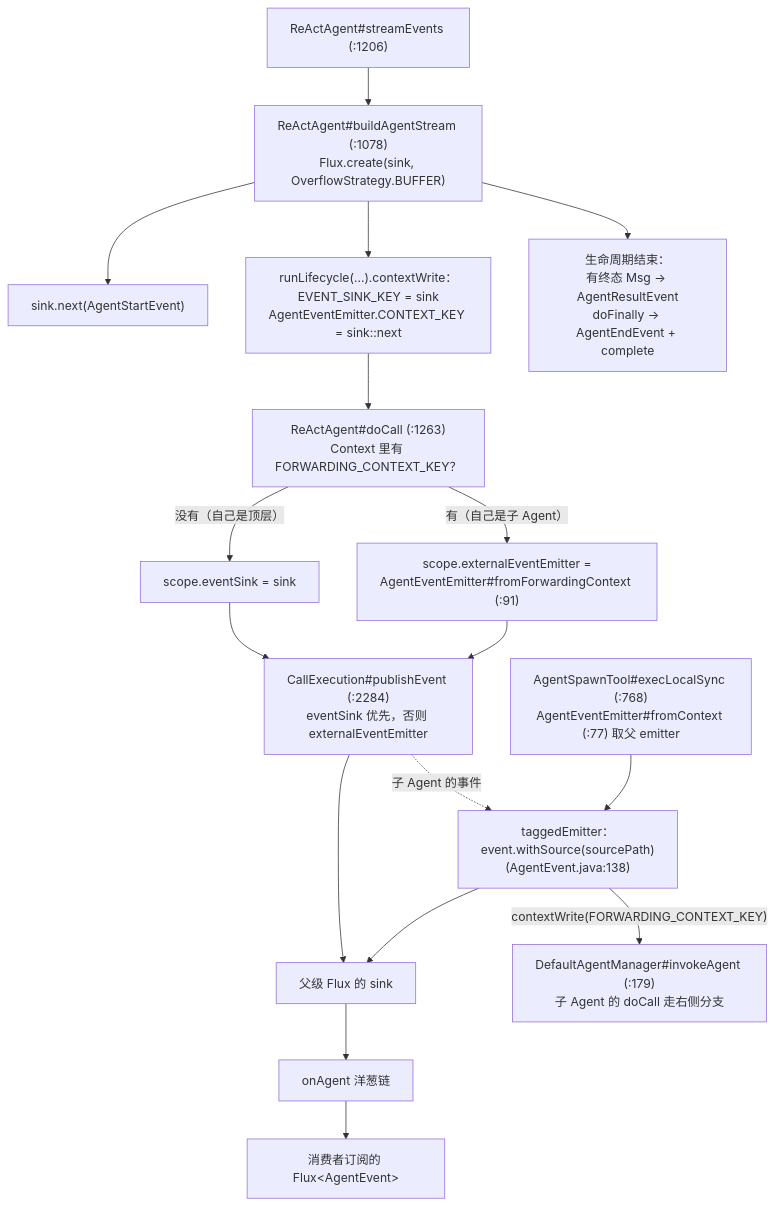
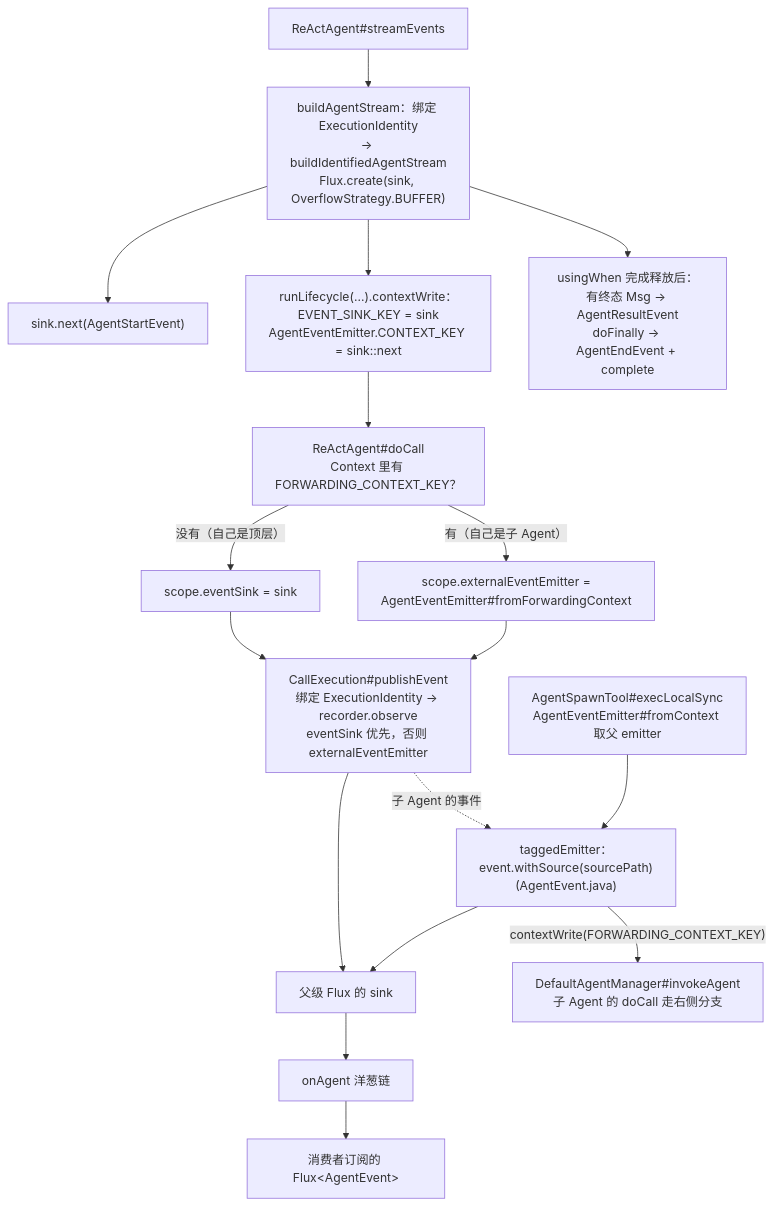
One commit to liulangjietou/AgentScope-source-analysis changed the fourth of 4 diagrams in 06-Middleware与事件流.md. Above: the diagram before and after it, drawn with Mermaid. The commit also changed other lines of this file and 13 other files, not shown here.

Commit message:
docs: align source guide and diagrams with main dcb131a3

````diff
--- a/06-Middleware与事件流.md
+++ b/06-Middleware与事件流.md
@@ -212,18 +223,18 @@
 ```mermaid
 flowchart TB
-    SE["ReActAgent#streamEvents (:1206)"] --> BAS["ReActAgent#buildAgentStream (:1078)<br/>Flux.create(sink, OverflowStrategy.BUFFER)"]
+    SE["ReActAgent#streamEvents"] --> BAS["buildAgentStream：绑定 ExecutionIdentity<br/>→ buildIdentifiedAgentStream<br/>Flux.create(sink, OverflowStrategy.BUFFER)"]
     BAS --> START["sink.next(AgentStartEvent)"]
     BAS --> CW["runLifecycle(...).contextWrite：<br/>EVENT_SINK_KEY = sink<br/>AgentEventEmitter.CONTEXT_KEY = sink::next"]
-    CW --> DC["ReActAgent#doCall (:1263)<br/>Context 里有 FORWARDING_CONTEXT_KEY？"]
+    CW --> DC["ReActAgent#doCall<br/>Context 里有 FORWARDING_CONTEXT_KEY？"]
     DC -->|"没有（自己是顶层）"| BIND1["scope.eventSink = sink"]
-    DC -->|"有（自己是子 Agent）"| BIND2["scope.externalEventEmitter =<br/>AgentEventEmitter#fromForwardingContext (:91)"]
-    BIND1 --> PUB["CallExecution#publishEvent (:2284)<br/>eventSink 优先，否则 externalEventEmitter"]
+    DC -->|"有（自己是子 Agent）"| BIND2["scope.externalEventEmitter =<br/>AgentEventEmitter#fromForwardingContext"]
+    BIND1 --> PUB["CallExecution#publishEvent<br/>绑定 ExecutionIdentity → recorder.observe<br/>eventSink 优先，否则 externalEventEmitter"]
     BIND2 --> PUB
     PUB --> SINK["父级 Flux 的 sink"]
     PUB -.->|"子 Agent 的事件"| TAG
-    SPAWN["AgentSpawnTool#execLocalSync (:768)<br/>AgentEventEmitter#fromContext (:77) 取父 emitter"] --> TAG["taggedEmitter：event.withSource(sourcePath)<br/>(AgentEvent.java:138)"]
-    TAG -->|"contextWrite(FORWARDING_CONTEXT_KEY)"| CHILD["DefaultAgentManager#invokeAgent (:179)<br/>子 Agent 的 doCall 走右侧分支"]
+    SPAWN["AgentSpawnTool#execLocalSync<br/>AgentEventEmitter#fromContext 取父 emitter"] --> TAG["taggedEmitter：event.withSource(sourcePath)<br/>(AgentEvent.java)"]
+    TAG -->|"contextWrite(FORWARDING_CONTEXT_KEY)"| CHILD["DefaultAgentManager#invokeAgent<br/>子 Agent 的 doCall 走右侧分支"]
     TAG --> SINK
-    BAS --> DONE["生命周期结束：<br/>有终态 Msg → AgentResultEvent<br/>doFinally → AgentEndEvent + complete"]
+    BAS --> DONE["usingWhen 完成释放后：<br/>有终态 Msg → AgentResultEvent<br/>doFinally → AgentEndEvent + complete"]
     SINK --> MW["onAgent 洋葱链"] --> CONSUMER["消费者订阅的 Flux&lt;AgentEvent&gt;"]
 ```
````
